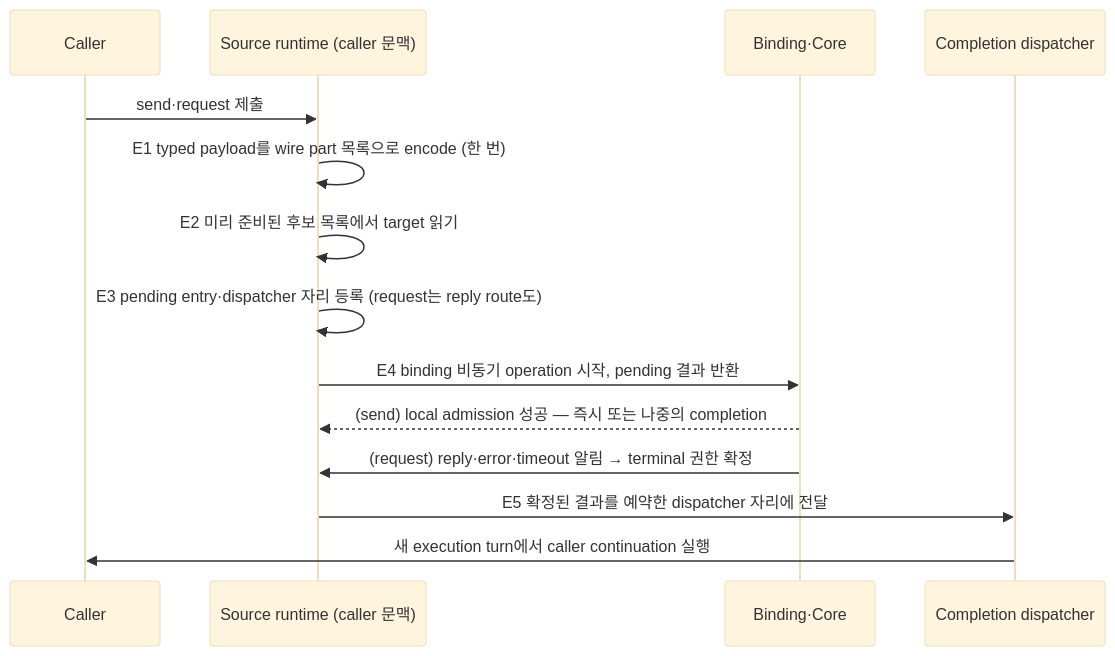
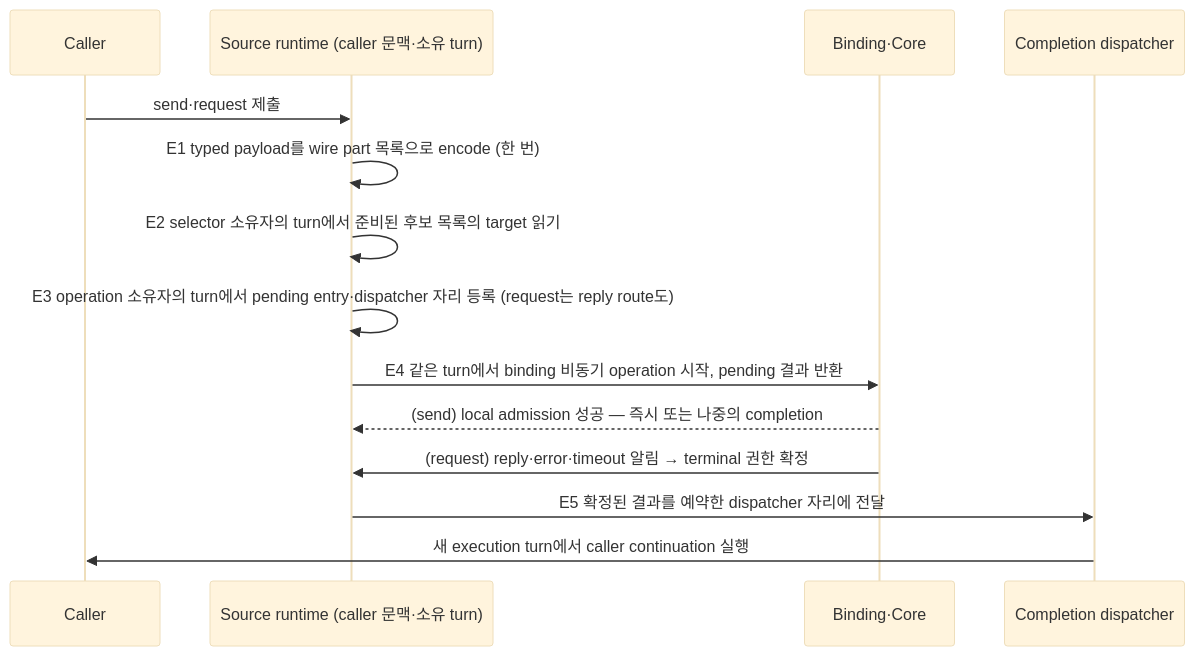
One commit to zlink-systems/zlink changed the first of 2 diagrams in framework/doc/framework/common/spec/server/01-execution/08-messaging-hot-path.ko.md. Above: the diagram before and after it, drawn with Mermaid (base theme). The commit also changed other lines of this file and 1 other file, not shown here.

First line of the commit message:
spec(framework): messaging hot path — 3차 리뷰 잔여 7건 반영(E2·E3 필수 소유 turn 허용, 언어별 표 사실 정정, I0·합격선 확정 상태, permit·admission 설명, 진단 이력 제거)

````diff
--- a/framework/doc/framework/common/spec/server/01-execution/08-messaging-hot-path.ko.md
+++ b/framework/doc/framework/common/spec/server/01-execution/08-messaging-hot-path.ko.md
@@ -73,17 +74,17 @@
 ```mermaid
 sequenceDiagram
     participant C as Caller
-    participant R as Source runtime (caller 문맥)
+    participant R as Source runtime (caller 문맥·소유 turn)
     participant B as Binding·Core
     participant D as Completion dispatcher
 
     C->>R: send·request 제출
     R->>R: E1 typed payload를 wire part 목록으로 encode (한 번)
-    R->>R: E2 미리 준비된 후보 목록에서 target 읽기
-    R->>R: E3 pending entry·dispatcher 자리 등록 (request는 reply route도)
-    R->>B: E4 binding 비동기 operation 시작, pending 결과 반환
+    R->>R: E2 selector 소유자의 turn에서 준비된 후보 목록의 target 읽기
+    R->>R: E3 operation 소유자의 turn에서 pending entry·dispatcher 자리 등록 (request는 reply route도)
+    R->>B: E4 같은 turn에서 binding 비동기 operation 시작, pending 결과 반환
     B-->>R: (send) local admission 성공 — 즉시 또는 나중의 completion
     B->>R: (request) reply·error·timeout 알림 → terminal 권한 확정
     R->>D: E5 확정된 결과를 예약한 dispatcher 자리에 전달
     D->>C: 새 execution turn에서 caller continuation 실행
 ```
````
